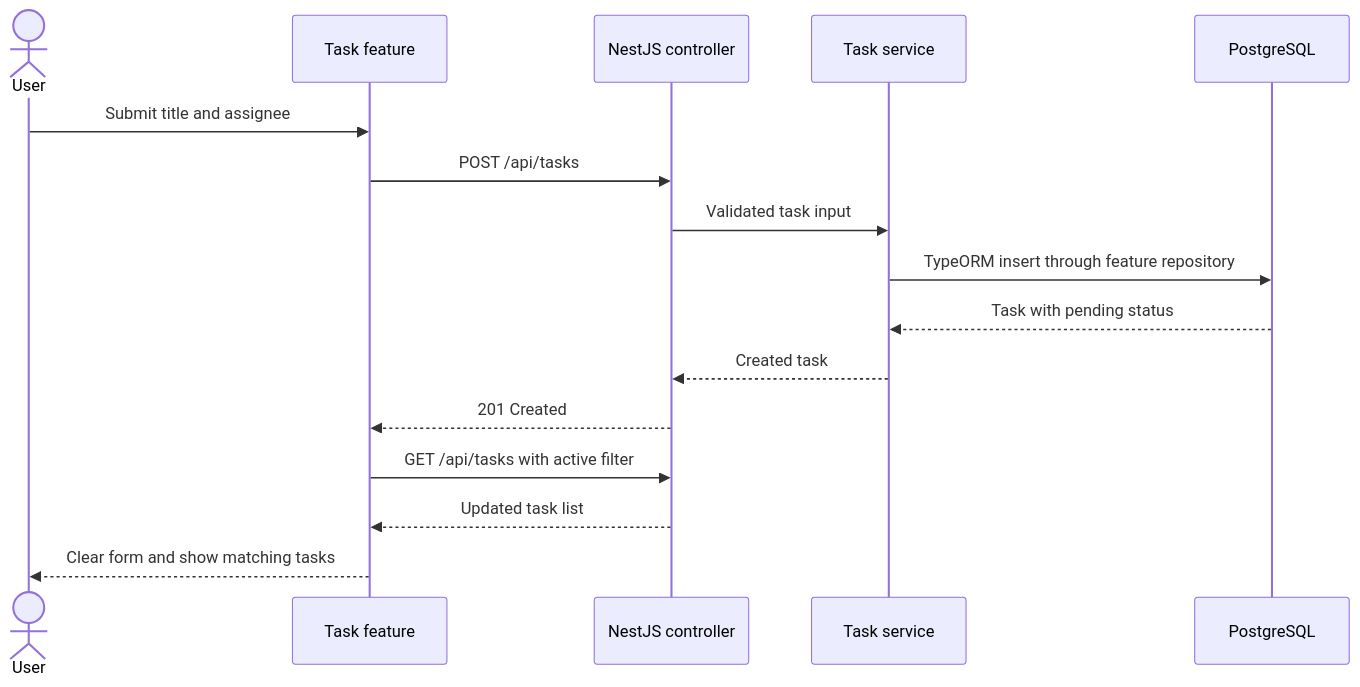
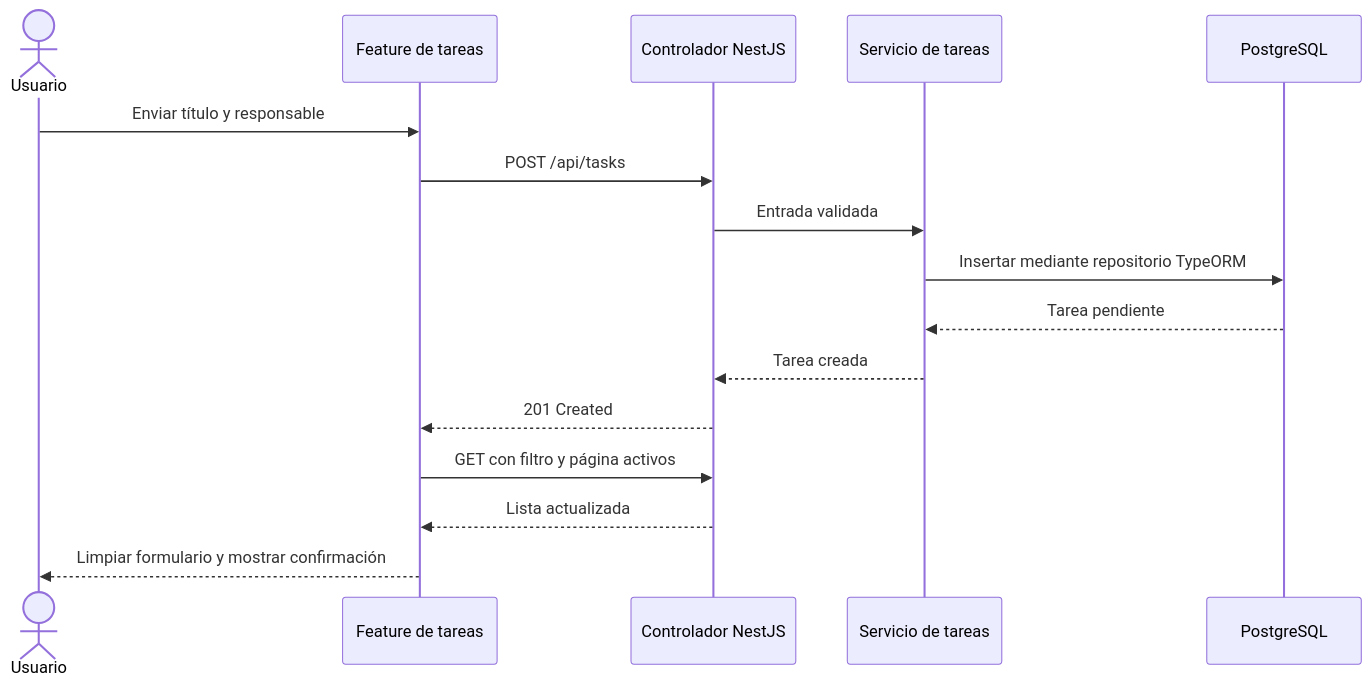
Before and after one commit to guillerg01/react-node-task-manager-api: the second of 2 diagrams in ARCHITECTURE.md, drawn with Mermaid. The commit also changed other lines of this file and 3 other files, not shown here.

First line of the commit message:
Document architecture, verification, and environment setup

````diff
--- a/ARCHITECTURE.md
+++ b/ARCHITECTURE.md
@@ -20,18 +20,18 @@
 ```mermaid
 sequenceDiagram
-    actor User
-    participant Web as Task feature
-    participant API as NestJS controller
-    participant Service as Task service
+    actor User as Usuario
+    participant Web as Feature de tareas
+    participant API as Controlador NestJS
+    participant Service as Servicio de tareas
     participant DB as PostgreSQL
-    User->>Web: Submit title and assignee
+    User->>Web: Enviar título y responsable
     Web->>API: POST /api/tasks
-    API->>Service: Validated task input
-    Service->>DB: TypeORM insert through feature repository
-    DB-->>Service: Task with pending status
-    Service-->>API: Created task
+    API->>Service: Entrada validada
+    Service->>DB: Insertar mediante repositorio TypeORM
+    DB-->>Service: Tarea pendiente
+    Service-->>API: Tarea creada
     API-->>Web: 201 Created
-    Web->>API: GET /api/tasks with active filter
-    API-->>Web: Updated task list
-    Web-->>User: Clear form and show matching tasks
+    Web->>API: GET con filtro y página activos
+    API-->>Web: Lista actualizada
+    Web-->>User: Limpiar formulario y mostrar confirmación
 ```
````
